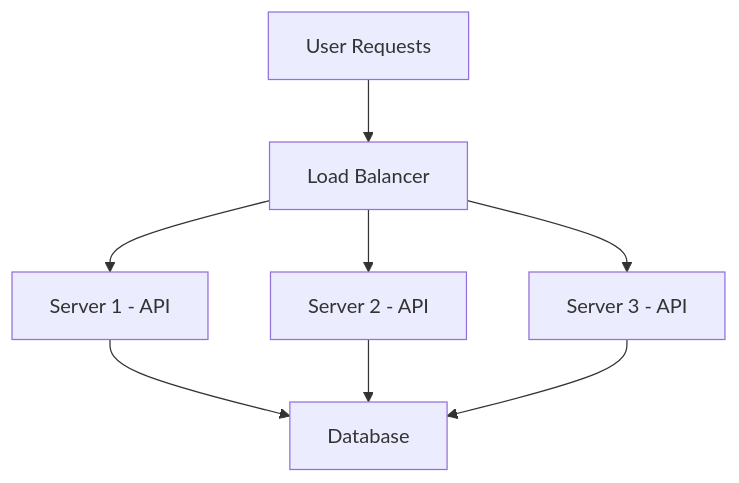
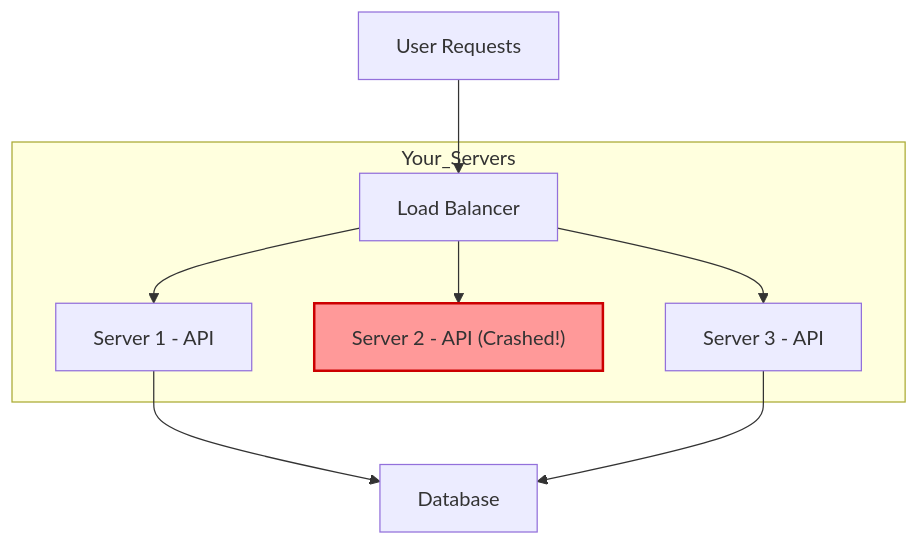
Before and after one commit to Param-Harrison/ebook-writer: diagram 20 of 50 in books/know-the-why.md, drawn with Mermaid. The commit also changed other lines of this file and 56 other files, not shown here.

````diff
--- a/books/know-the-why.md
+++ b/books/know-the-why.md
@@ -4665,11 +1193,16 @@
 ```mermaid
 graph TB
     U[User Requests]
     U --> LB[Load Balancer]
-    LB --> S1[Server 1 - API]
-    LB --> S2[Server 2 - API]
-    LB --> S3[Server 3 - API]
+    
+    subgraph Your_Servers
+        LB --> S1[Server 1 - API]
+        LB --> S2["Server 2 - API (Crashed!)"]
+        LB --> S3[Server 3 - API]
+    end
+    
     S1 --> DB[Database]
-    S2 --> DB
     S3 --> DB
+    
+    style S2 fill:#f99,stroke:#c00,stroke-width:2px
 ```
````
